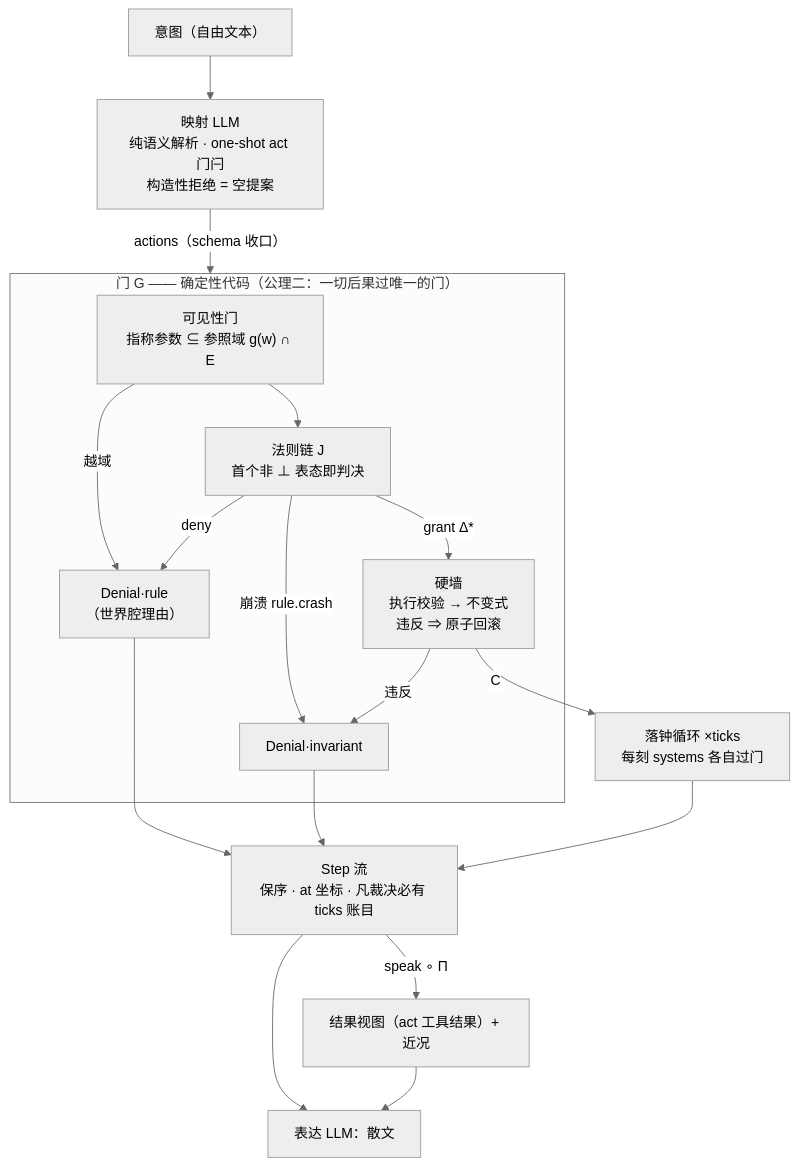
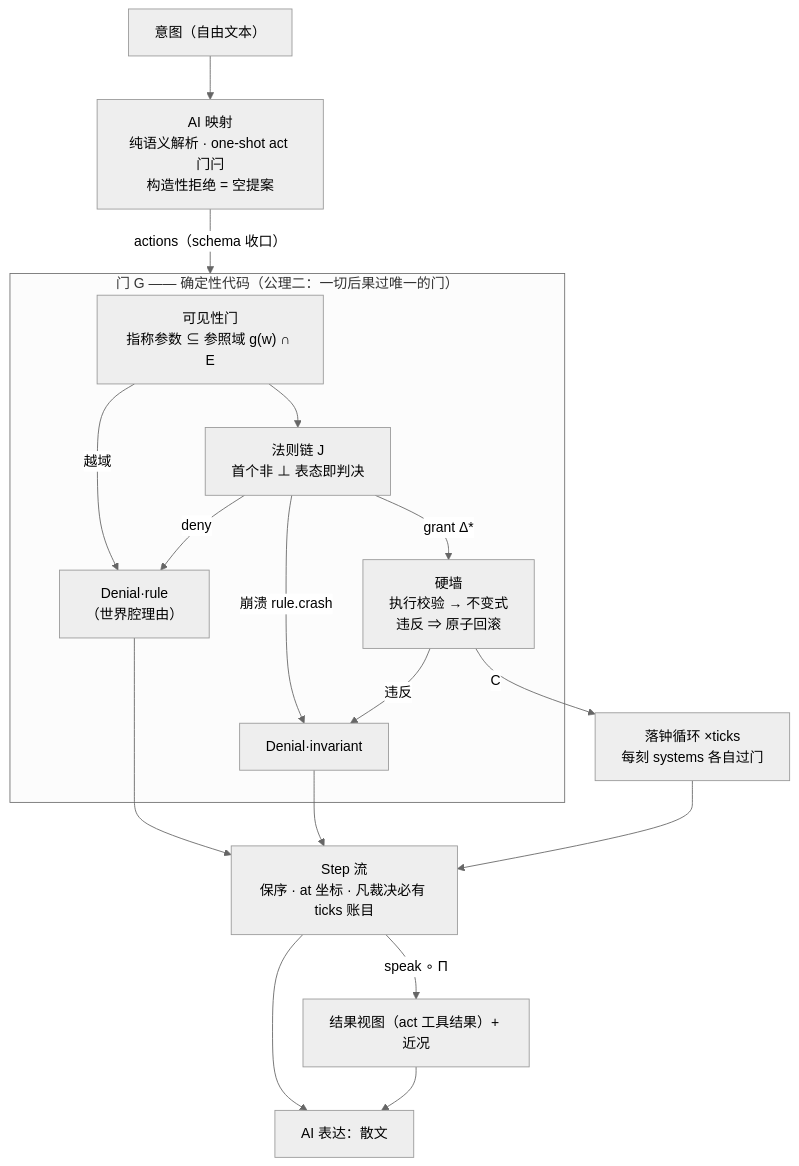
Before and after one commit to Rin313/cave: the diagram in DESIGN.md, drawn with Mermaid (neutral theme). The commit also changed other lines of this file and 6 other files, not shown here.

````diff
--- a/DESIGN.md
+++ b/DESIGN.md
@@ -40,20 +41,20 @@
 ```mermaid
 flowchart TD
     subgraph G["门 G —— 确定性代码（公理二：一切后果过唯一的门）"]
         V["可见性门<br/>指称参数 ⊆ 参照域 g(w) ∩ E"] -->|"越域"| DR["Denial·rule<br/>（世界腔理由）"]
         V --> R["法则链 J<br/>首个非 ⊥ 表态即判决"]
         R -->|"deny"| DR
         R -->|"崩溃 rule.crash"| DI
         R -->|"grant Δ*"| H["硬墙<br/>执行校验 → 不变式<br/>违反 ⇒ 原子回滚"]
         H -->|"违反"| DI["Denial·invariant"]
     end
-    I["意图（自由文本）"] --> M["映射 LLM<br/>纯语义解析 · one-shot act 门闩<br/>构造性拒绝 = 空提案"]
+    I["意图（自由文本）"] --> M["AI 映射<br/>纯语义解析 · one-shot act 门闩<br/>构造性拒绝 = 空提案"]
     M -->|"actions（schema 收口）"| G
     H -->|"C"| T["落钟循环 ×ticks<br/>每刻 systems 各自过门"]
     DR --> S["Step 流<br/>保序 · at 坐标 · 凡裁决必有 ticks 账目"]
     DI --> S
     T --> S
     S -->|"speak ∘ Π"| P["结果视图（act 工具结果）+ 近况"]
-    S --> N["表达 LLM：散文"]
+    S --> N["AI 表达：散文"]
     P --> N
 ```
````
